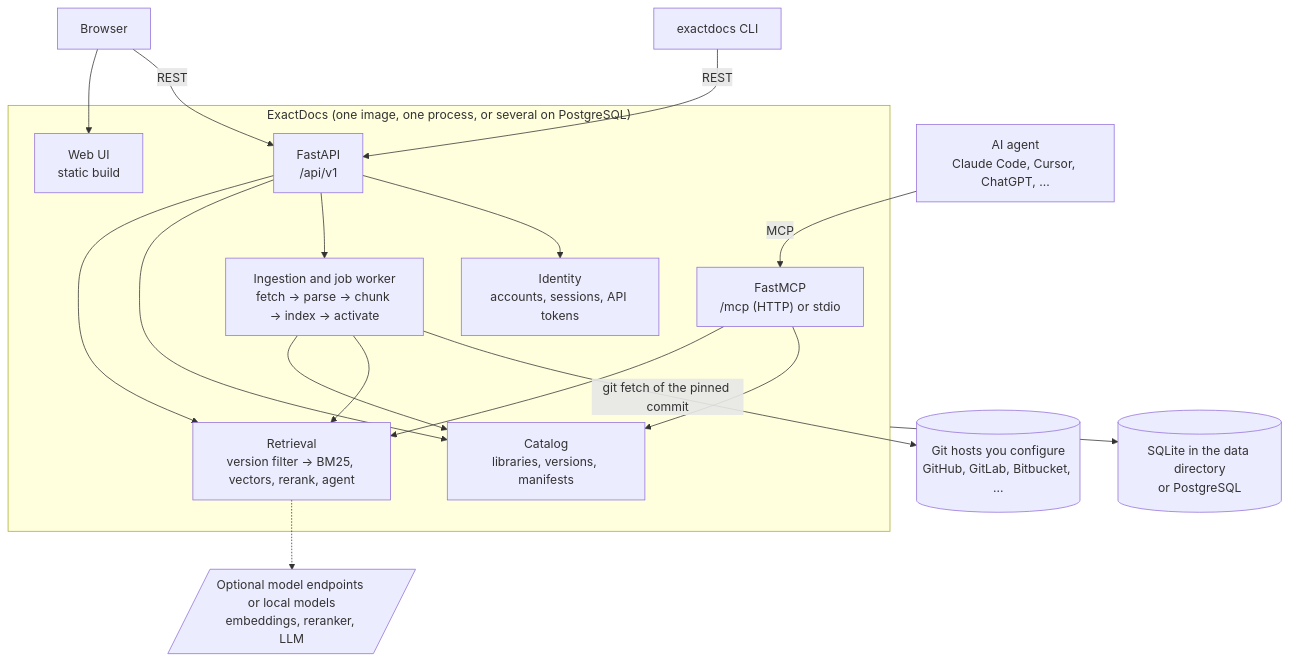
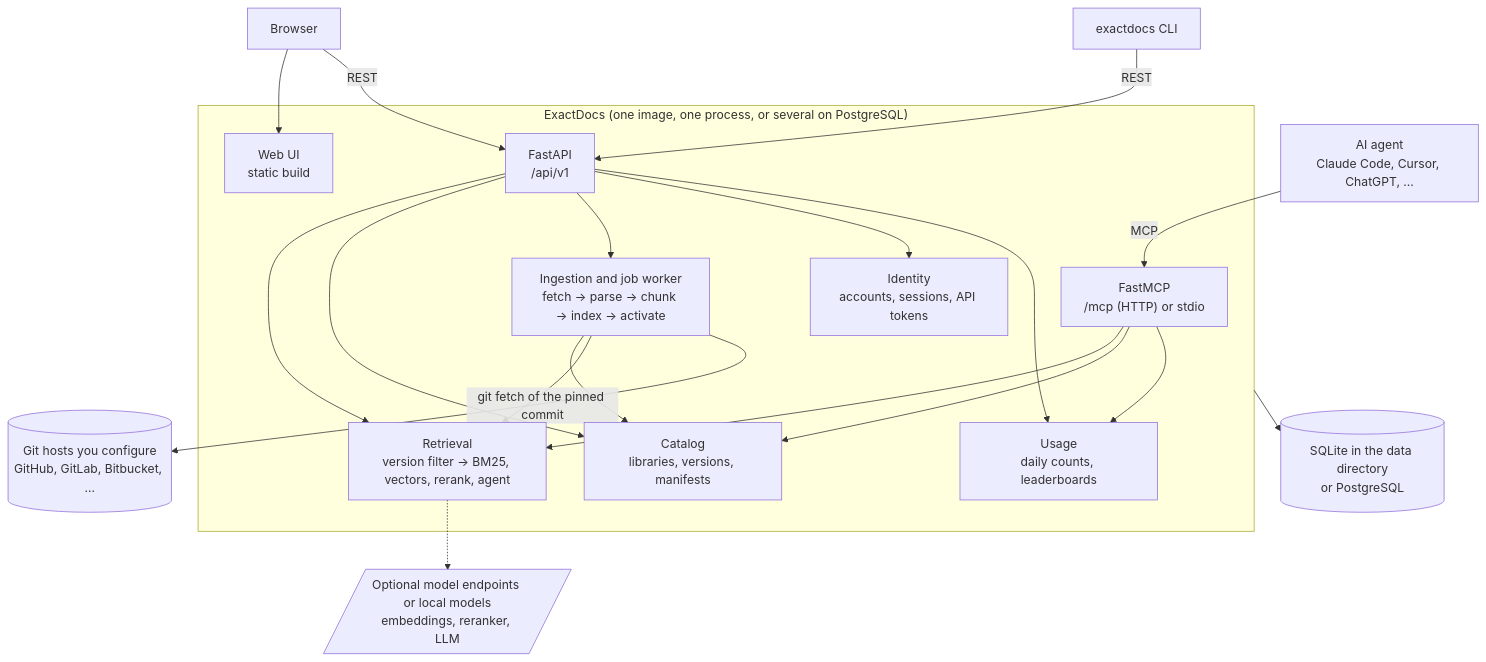
Before and after one commit to SirCypkowskyy/ExactDocs: the first of 7 diagrams in docs/architecture.md, drawn with Mermaid. The commit also changed other lines of this file and 79 other files, not shown here.

````diff
--- a/docs/architecture.md
+++ b/docs/architecture.md
@@ -10,28 +10,29 @@
 ```mermaid
 flowchart TD
     agent["AI agent<br/>Claude Code, Cursor, ChatGPT, ..."]
     browser[Browser]
     cli["exactdocs CLI"]
     subgraph app ["ExactDocs (one image, one process, or several on PostgreSQL)"]
         mcp["FastMCP<br/>/mcp (HTTP) or stdio"]
         api["FastAPI<br/>/api/v1"]
         ui["Web UI<br/>static build"]
         retrieval["Retrieval<br/>version filter → BM25, vectors, rerank, agent"]
         catalog["Catalog<br/>libraries, versions, manifests"]
         importer["Ingestion and job worker<br/>fetch → parse → chunk → index → activate"]
         identity["Identity<br/>accounts, sessions, API tokens"]
-        mcp --> retrieval & catalog
-        api --> retrieval & catalog & importer & identity
+        usage["Usage<br/>daily counts, leaderboards"]
+        mcp --> retrieval & catalog & usage
+        api --> retrieval & catalog & importer & identity & usage
         importer --> catalog & retrieval
     end
     db[("SQLite in the data directory<br/>or PostgreSQL")]
     git[("Git hosts you configure<br/>GitHub, GitLab, Bitbucket, ...")]
     models[/"Optional model endpoints or local models<br/>embeddings, reranker, LLM"/]
     agent -->|MCP| mcp
     browser --> ui
     browser -->|REST| api
     cli -->|REST| api
     app --> db
     importer -->|git fetch of the pinned commit| git
     retrieval -.-> models
 ```
````
